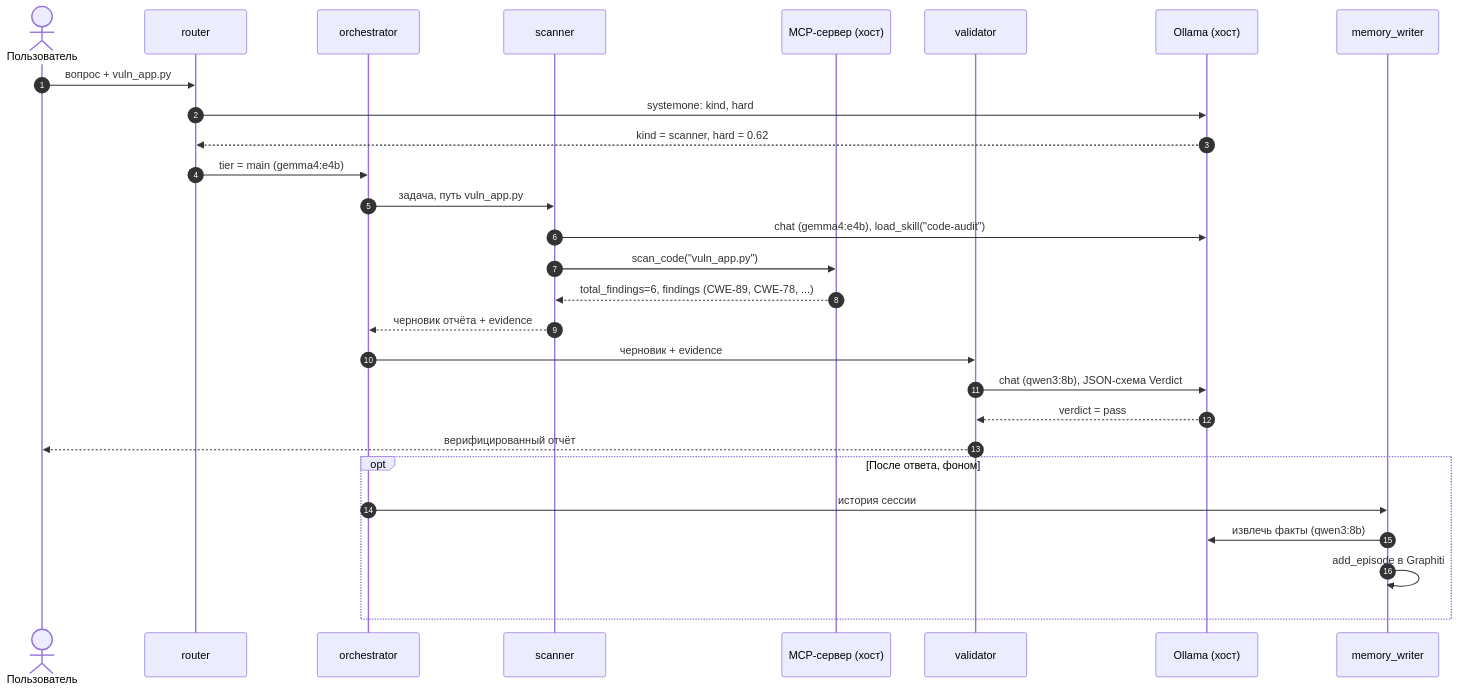
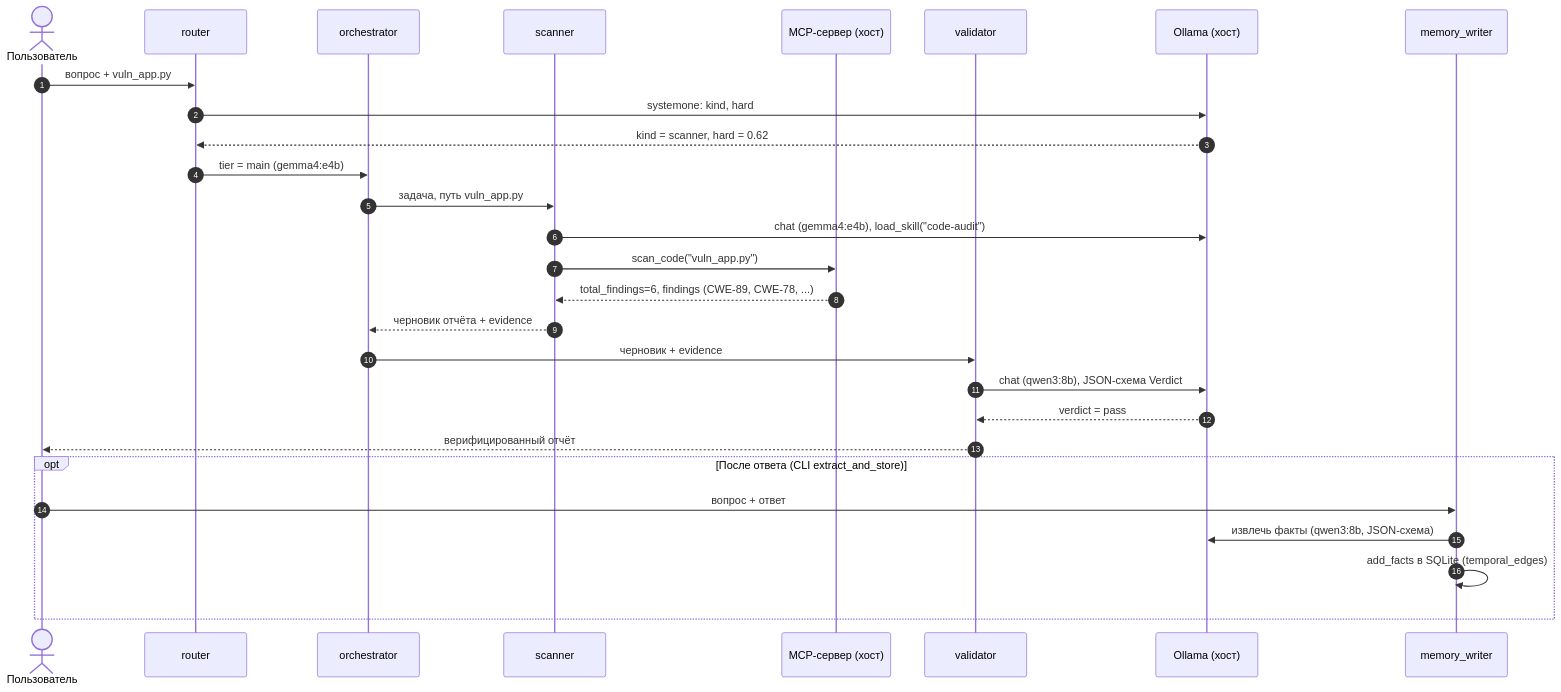
Before and after one commit to Zancrow20/LLMs: the third of 6 diagrams in task3-agent/diagrams/diagrams.md, drawn with Mermaid. The commit also changed other lines of this file and 24 other files, not shown here.

Commit message:
fix: md files and c4 diagrams

````diff
--- a/task3-agent/diagrams/diagrams.md
+++ b/task3-agent/diagrams/diagrams.md
@@ -75,31 +75,31 @@
 ```mermaid
 sequenceDiagram
   autonumber
   actor U as Пользователь
   participant R as router
   participant O as orchestrator
   participant S as scanner
   participant MCP as MCP-сервер (хост)
   participant V as validator
   participant L as Ollama (хост)
   participant W as memory_writer
 
   U->>R: вопрос + vuln_app.py
   R->>L: systemone: kind, hard
   L-->>R: kind = scanner, hard = 0.62
   R->>O: tier = main (gemma4:e4b)
   O->>S: задача, путь vuln_app.py
   S->>L: chat (gemma4:e4b), load_skill("code-audit")
   S->>MCP: scan_code("vuln_app.py")
   MCP-->>S: total_findings=6, findings (CWE-89, CWE-78, ...)
   S-->>O: черновик отчёта + evidence
   O->>V: черновик + evidence
   V->>L: chat (qwen3:8b), JSON-схема Verdict
   L-->>V: verdict = pass
   V-->>U: верифицированный отчёт
-  opt После ответа, фоном
-    O->>W: история сессии
-    W->>L: извлечь факты (qwen3:8b)
-    W->>W: add_episode в Graphiti
+  opt После ответа (CLI extract_and_store)
+    U->>W: вопрос + ответ
+    W->>L: извлечь факты (qwen3:8b, JSON-схема)
+    W->>W: add_facts в SQLite (temporal_edges)
   end
 ```
````
